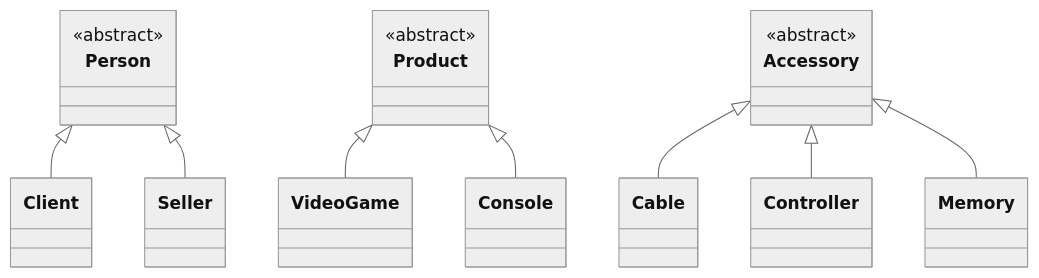
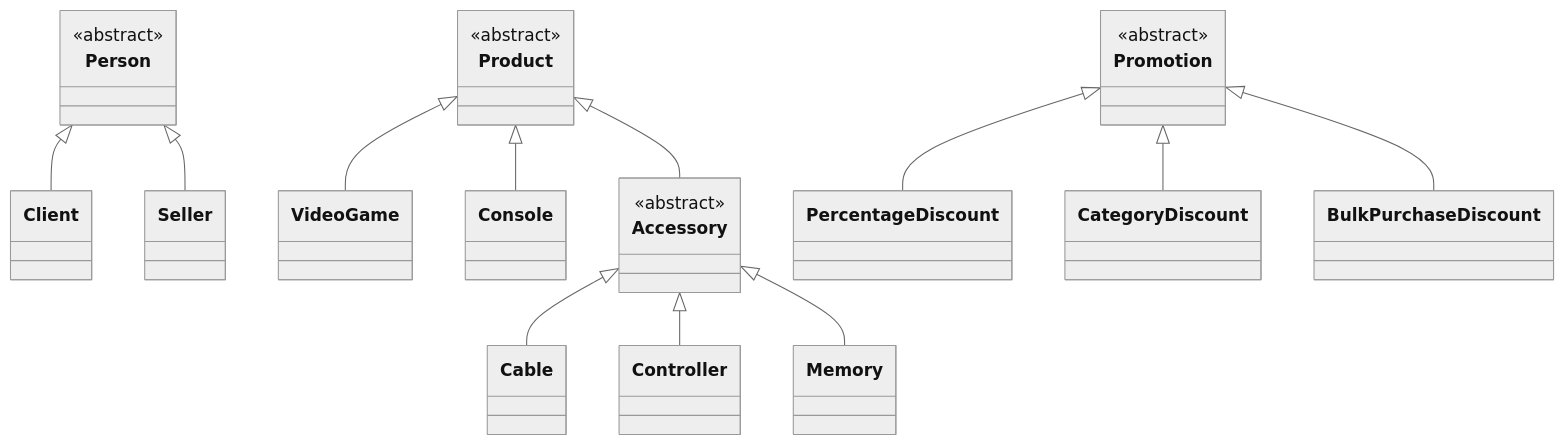
Before and after one commit to sdavidpinto/Taller_Gamezone1: the diagram in docs/hierarchy-diagram.md, drawn with Mermaid (neutral theme). The commit also changed 1 other file, not shown here.

Commit message:
docs:actualizacion de hierarchy-diagram y layers-diagram con Promotion

````diff
--- a/docs/hierarchy-diagram.md
+++ b/docs/hierarchy-diagram.md
@@ -1,43 +1,56 @@
 ```mermaid
 classDiagram
     direction TB
 
     %% Person Hierarchy
     class Person {
         <<abstract>>
     }
     class Client {
     }
     class Seller {
     }
 
     Person <|-- Client
     Person <|-- Seller
 
     %% Product Hierarchy
     class Product {
         <<abstract>>
     }
     class VideoGame {
     }
     class Console {
     }
-
-    Product <|-- VideoGame
-    Product <|-- Console
-
-    %% Accessory Hierarchy
     class Accessory {
         <<abstract>>
     }
     class Cable {
     }
     class Controller {
     }
     class Memory {
     }
 
+    Product <|-- VideoGame
+    Product <|-- Console
+    Product <|-- Accessory
     Accessory <|-- Cable
     Accessory <|-- Controller
     Accessory <|-- Memory
+
+    %% Promotion Hierarchy
+    class Promotion {
+        <<abstract>>
+    }
+    class PercentageDiscount {
+    }
+    class CategoryDiscount {
+    }
+    class BulkPurchaseDiscount {
+    }
+
+    Promotion <|-- PercentageDiscount
+    Promotion <|-- CategoryDiscount
+    Promotion <|-- BulkPurchaseDiscount
 ```
````
